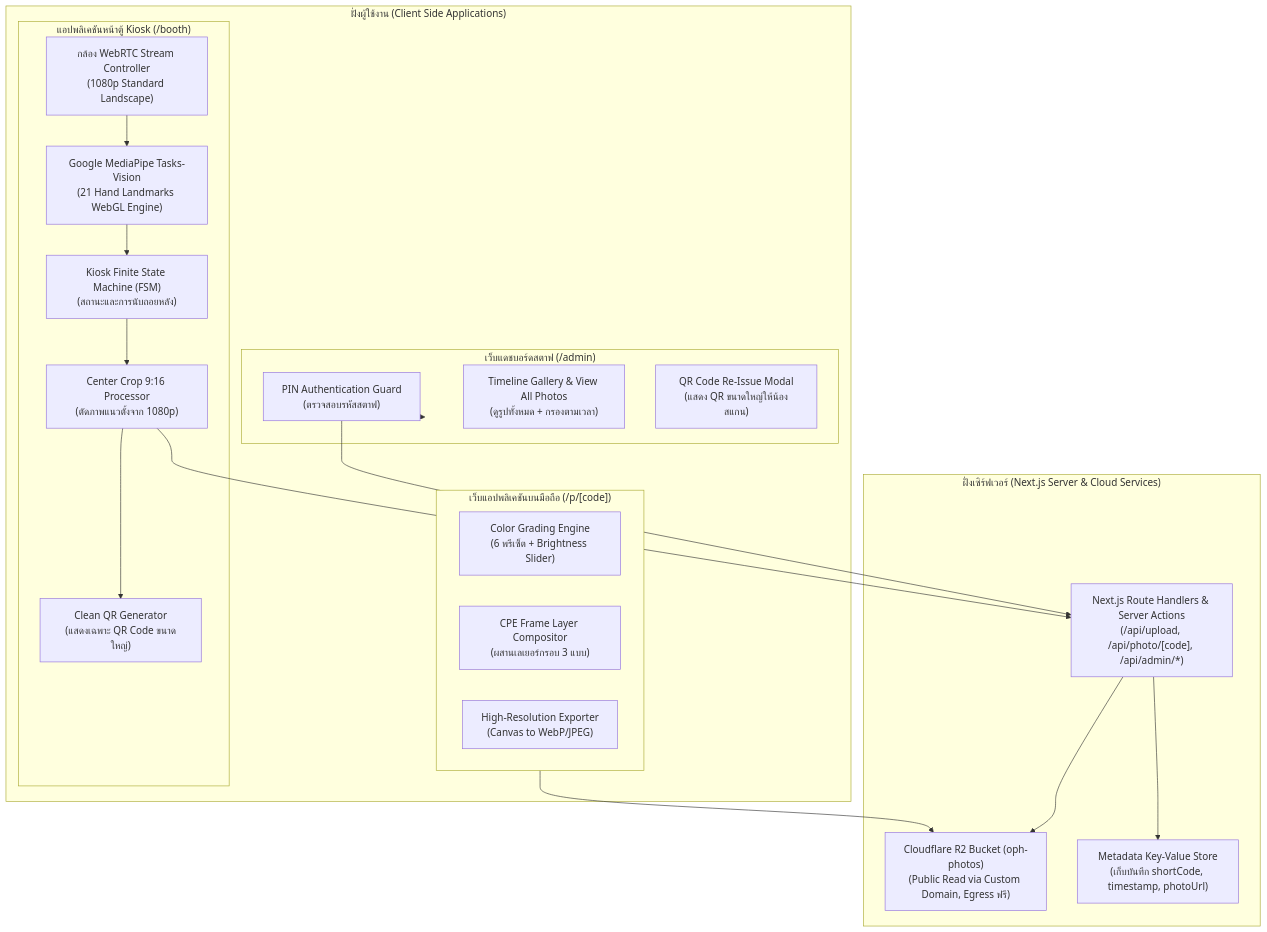
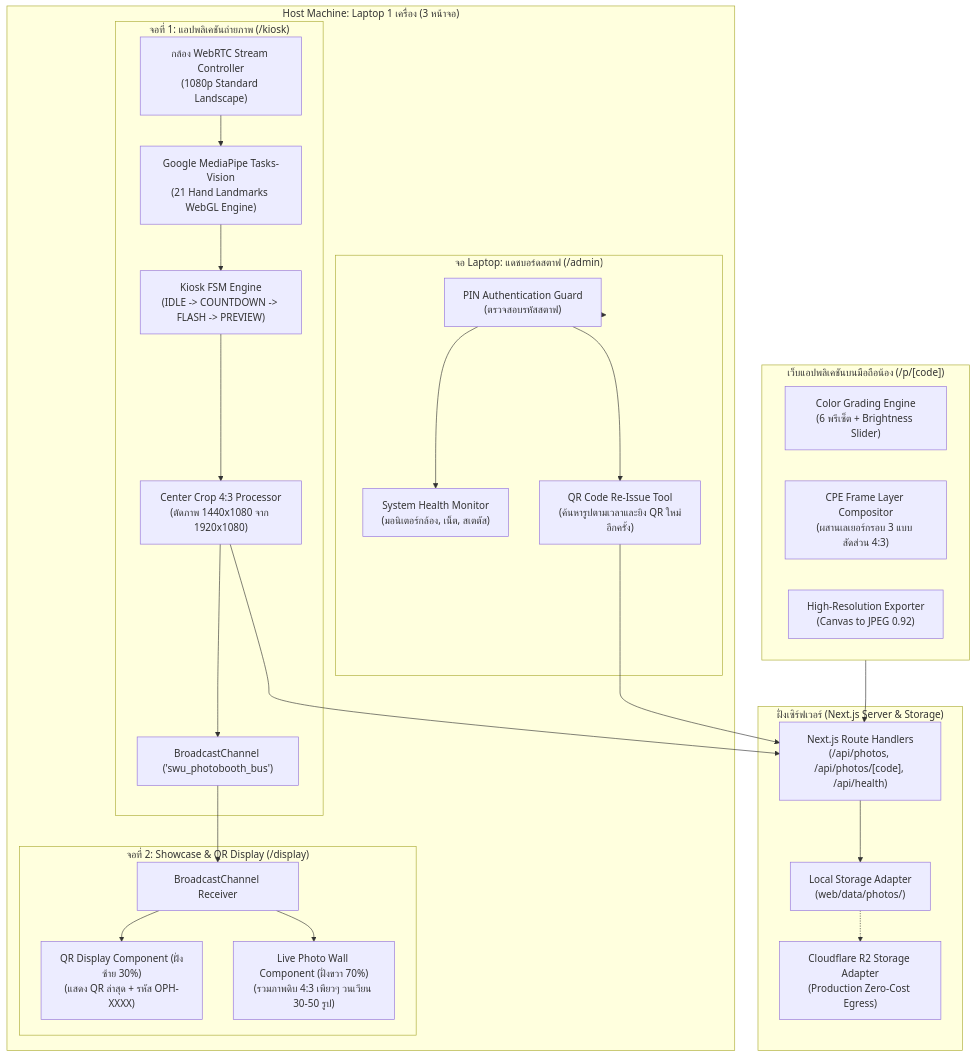
Before and after one commit to icelandz9/swu-openhouse: the second of 4 diagrams in docs/task02-architecture/system-architecture-and-technical-design.md, drawn with Mermaid. The commit also changed other lines of this file and 13 other files, not shown here.

Commit message:
feat(arch): update docs and web scaffold for 3-screen topology (1 laptop + 2 external displays)

````diff
--- a/docs/task02-architecture/system-architecture-and-technical-design.md
+++ b/docs/task02-architecture/system-architecture-and-technical-design.md
@@ -60,42 +70,54 @@
 ```mermaid
 flowchart TB
-    subgraph ClientLayer["ฝั่งผู้ใช้งาน (Client Side Applications)"]
-        subgraph KioskApp["แอปพลิเคชันหน้าตู้ Kiosk (/booth)"]
+    subgraph ClientHost["Host Machine: Laptop 1 เครื่อง (3 หน้าจอ)"]
+        subgraph Screen1App["จอที่ 1: แอปพลิเคชันถ่ายภาพ (/kiosk)"]
             WebcamEngine["กล้อง WebRTC Stream Controller<br>(1080p Standard Landscape)"]
             LandmarkModel["Google MediaPipe Tasks-Vision<br>(21 Hand Landmarks WebGL Engine)"]
-            KioskFSM["Kiosk Finite State Machine (FSM)<br>(สถานะและการนับถอยหลัง)"]
-            CanvasCropper["Center Crop 9:16 Processor<br>(ตัดภาพแนวตั้งจาก 1080p)"]
-            CleanQRRenderer["Clean QR Generator<br>(แสดงเฉพาะ QR Code ขนาดใหญ่)"]
+            KioskFSM["Kiosk FSM Engine<br>(IDLE -> COUNTDOWN -> FLASH -> PREVIEW)"]
+            CanvasCropper["Center Crop 4:3 Processor<br>(ตัดภาพ 1440x1080 จาก 1920x1080)"]
+            BroadcastBus1["BroadcastChannel ('swu_photobooth_bus')"]
         end
 
-        subgraph MobileApp["เว็บแอปพลิเคชันบนมือถือ (/p/[code])"]
-            ColorGrading["Color Grading Engine<br>(6 พรีเซ็ต + Brightness Slider)"]
-            CPEFrameCompositor["CPE Frame Layer Compositor<br>(ผสานเลเยอร์กรอบ 3 แบบ)"]
-            HighResExporter["High-Resolution Exporter<br>(Canvas to WebP/JPEG)"]
+        subgraph Screen2App["จอที่ 2: Showcase & QR Display (/display)"]
+            BroadcastBus2["BroadcastChannel Receiver"]
+            QRSection["QR Display Component (ฝั่งซ้าย 30%)<br>(แสดง QR ล่าสุด + รหัส OPH-XXXX)"]
+            PhotoWallSection["Live Photo Wall Component (ฝั่งขวา 70%)<br>(รวมภาพดิบ 4:3 เพียวๆ วนเวียน 30-50 รูป)"]
         end
 
-        subgraph StaffApp["เว็บแดชบอร์ดสตาฟ (/admin)"]
+        subgraph StaffApp["จอ Laptop: แดชบอร์ดสตาฟ (/admin)"]
             PINAuth["PIN Authentication Guard<br>(ตรวจสอบรหัสสตาฟ)"]
-            TimelineGallery["Timeline Gallery & View All Photos<br>(ดูรูปทั้งหมด + กรองตามเวลา)"]
-            QRReissueModal["QR Code Re-Issue Modal<br>(แสดง QR ขนาดใหญ่ให้น้องสแกน)"]
+            HealthMonitor["System Health Monitor<br>(มอนิเตอร์กล้อง, เน็ต, สเตตัส)"]
+            QRReissueModal["QR Code Re-Issue Tool<br>(ค้นหารูปตามเวลาและยิง QR ใหม่อีกครั้ง)"]
         end
     end
 
-    subgraph BackendLayer["ฝั่งเซิร์ฟเวอร์ (Next.js Server & Cloud Services)"]
-        APIRoutes["Next.js Route Handlers & Server Actions<br>(/api/upload, /api/photo/[code], /api/admin/*)"]
-        R2Bucket["Cloudflare R2 Bucket (oph-photos)<br>(Public Read via Custom Domain, Egress ฟรี)"]
-        MetadataKV["Metadata Key-Value Store<br>(เก็บบันทึก shortCode, timestamp, photoUrl)"]
+    subgraph MobileApp["เว็บแอปพลิเคชันบนมือถือน้อง (/p/[code])"]
+        ColorGrading["Color Grading Engine<br>(6 พรีเซ็ต + Brightness Slider)"]
+        CPEFrameCompositor["CPE Frame Layer Compositor<br>(ผสานเลเยอร์กรอบ 3 แบบ สัดส่วน 4:3)"]
+        HighResExporter["High-Resolution Exporter<br>(Canvas to JPEG 0.92)"]
+    end
+
+    subgraph BackendLayer["ฝั่งเซิร์ฟเวอร์ (Next.js Server & Storage)"]
+        APIRoutes["Next.js Route Handlers<br>(/api/photos, /api/photos/[code], /api/health)"]
+        LocalStorage["Local Storage Adapter<br>(web/data/photos/)"]
+        R2Bucket["Cloudflare R2 Storage Adapter<br>(Production Zero-Cost Egress)"]
     end
 
     WebcamEngine --> LandmarkModel
     LandmarkModel --> KioskFSM
     KioskFSM --> CanvasCropper
     CanvasCropper --> APIRoutes
-    APIRoutes --> R2Bucket
-    APIRoutes --> MetadataKV
-    CanvasCropper --> CleanQRRenderer
+    APIRoutes --> LocalStorage
+    LocalStorage -.-> R2Bucket
+    CanvasCropper --> BroadcastBus1
+    BroadcastBus1 --> BroadcastBus2
+    BroadcastBus2 --> QRSection
+    BroadcastBus2 --> PhotoWallSection
 
-    MobileApp --> R2Bucket
     StaffApp --> PINAuth
-    PINAuth --> APIRoutes
+    PINAuth --> HealthMonitor
+    PINAuth --> QRReissueModal
+    QRReissueModal --> APIRoutes
+
+    MobileApp --> APIRoutes
 ```
````
